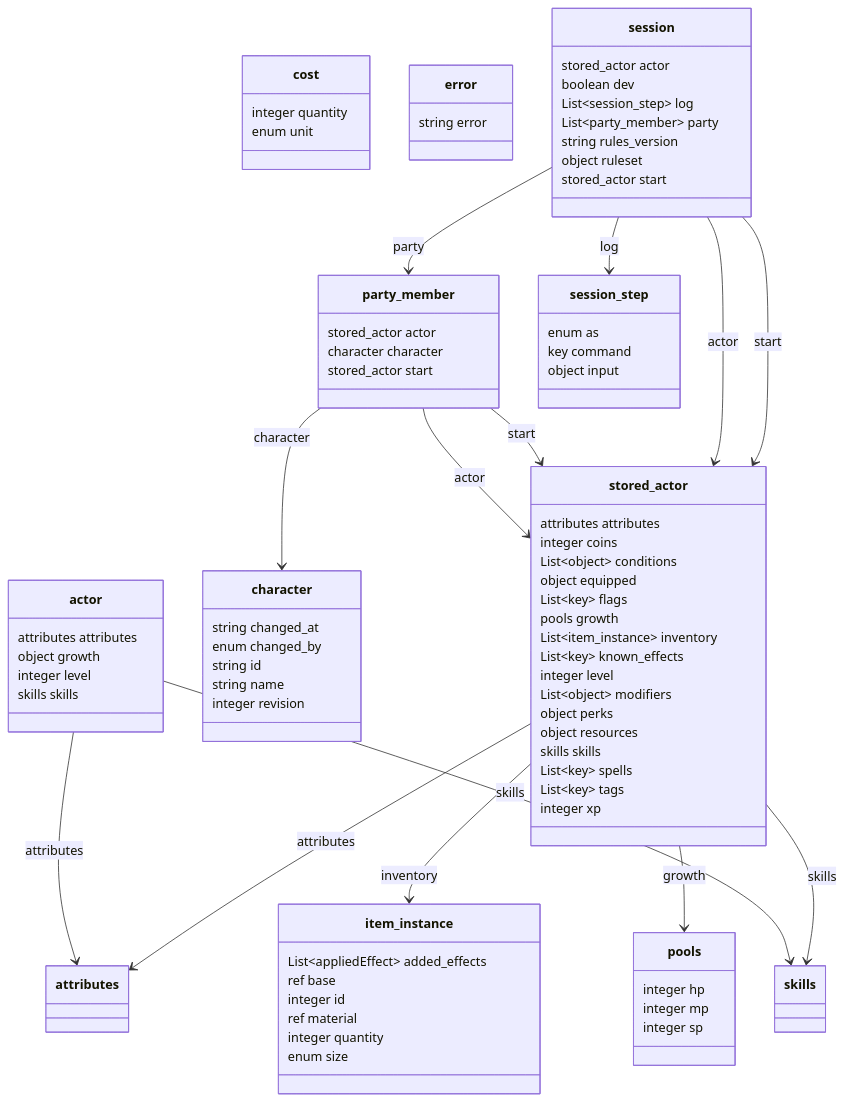
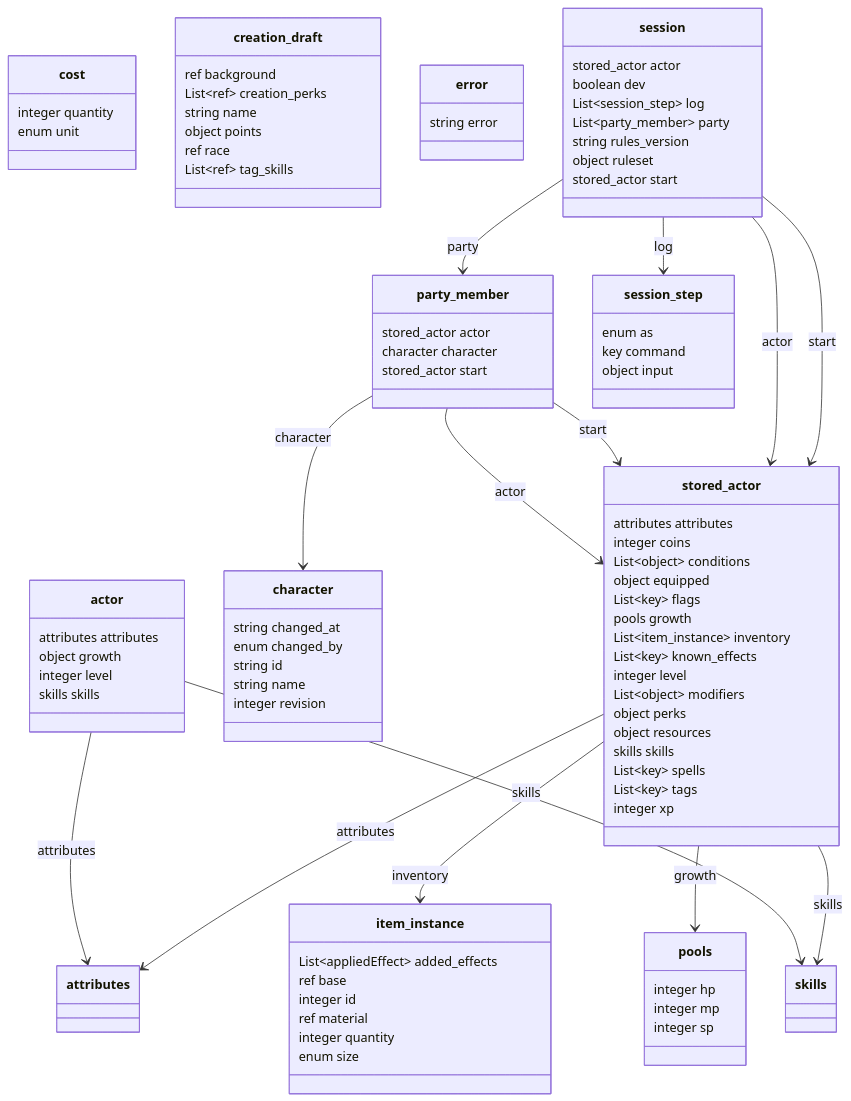
One commit to SETA1609/riftweave-core changed the first of 29 diagrams in docs/backend/contract-diagram.md. Above: the diagram before and after it, drawn with Mermaid. The commit also changed other lines of this file and 96 other files, not shown here.

```diff
--- a/docs/backend/contract-diagram.md
+++ b/docs/backend/contract-diagram.md
@@ -34,6 +34,14 @@
     class cost {
         integer quantity
         enum unit
+    }
+    class creation_draft {
+        ref background
+        List~ref~ creation_perks
+        string name
+        object points
+        ref race
+        List~ref~ tag_skills
     }
     class error {
         string error
```
